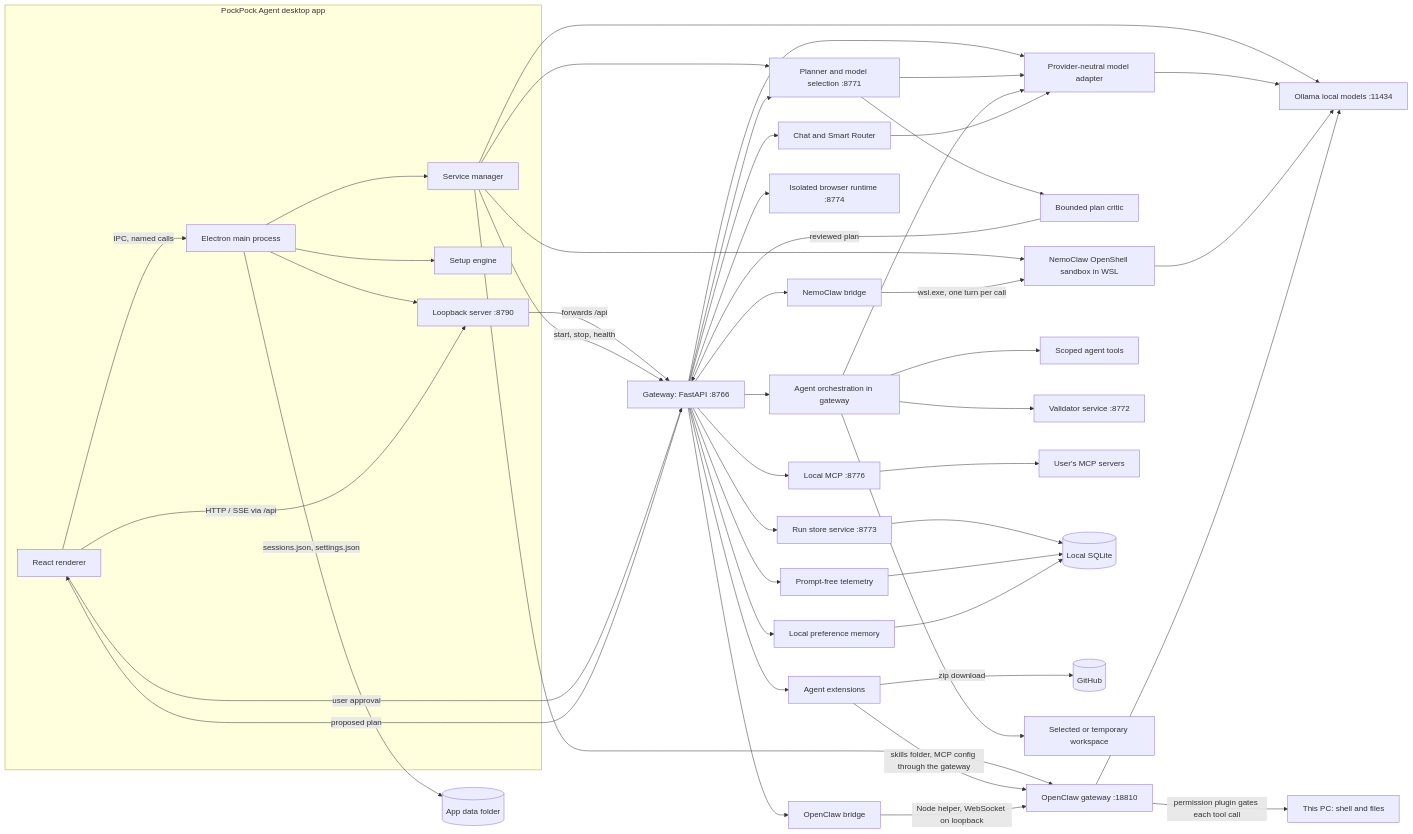
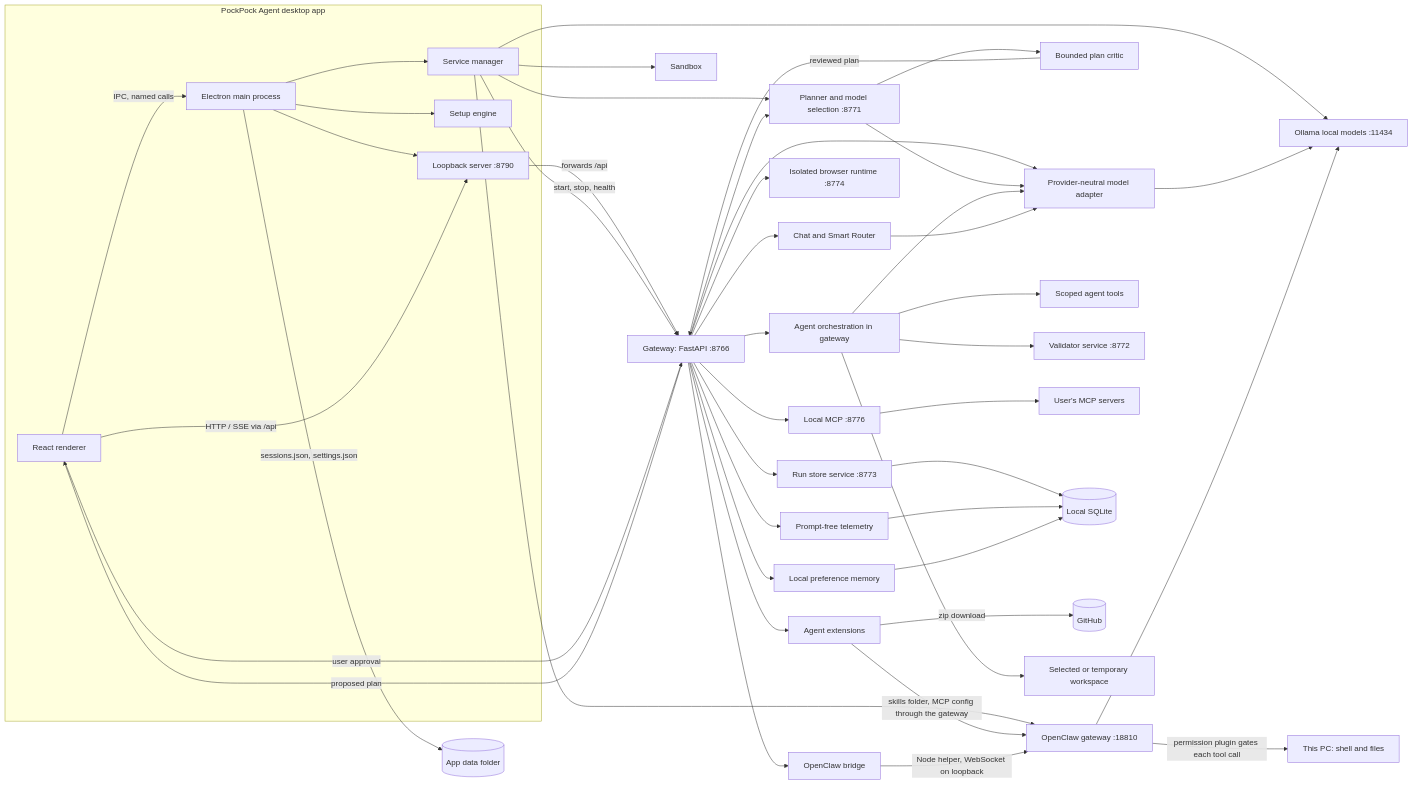
Before and after one commit to PockPock9/PockPockAgent: the diagram in docs/ARCHITECTURE.md, drawn with Mermaid. The commit also changed other lines of this file and 51 other files, not shown here.

First line of the commit message:
chore: remove NemoClaw

````diff
--- a/docs/ARCHITECTURE.md
+++ b/docs/ARCHITECTURE.md
@@ -7,51 +7,48 @@
 ```mermaid
 flowchart LR
   subgraph Desktop[PockPock Agent desktop app]
     UI[React renderer] -->|IPC, named calls| Main[Electron main process]
     Main --> Services[Service manager]
     Main --> Setup[Setup engine]
     Main --> LocalServer[Loopback server :8790]
   end
   UI -->|HTTP / SSE via /api| LocalServer
   LocalServer -->|forwards /api| API[Gateway: FastAPI :8766]
   Services -->|start, stop, health| API
   Services --> Planner
   Services --> Ollama
   Services --> ClawGateway
   Services --> Sandbox
   API --> Chat[Chat and Smart Router]
   API --> Planner[Planner and model selection :8771]
   Planner --> Critic[Bounded plan critic]
   Critic -->|reviewed plan| API
   API -->|proposed plan| UI
   UI -->|user approval| API
   API --> Agent[Agent orchestration in gateway]
   API --> ModelRouter[Provider-neutral model adapter]
   Planner --> ModelRouter
   Agent --> ModelRouter
   Chat --> ModelRouter
   Agent --> Tools[Scoped agent tools]
   Agent --> Validator[Validator service :8772]
   API --> RunStore[Run store service :8773]
   API --> BrowserRuntime[Isolated browser runtime :8774]
   API --> LocalMCP[Local MCP :8776]
   LocalMCP --> McpServers[User's MCP servers]
   ModelRouter --> Ollama[Ollama local models :11434]
   RunStore --> SQLite[(Local SQLite)]
   API --> Telemetry[Prompt-free telemetry]
   Telemetry --> SQLite
-  API --> NemoClaw[NemoClaw bridge]
-  NemoClaw -->|wsl.exe, one turn per call| Sandbox[NemoClaw OpenShell sandbox in WSL]
-  Sandbox --> Ollama
   API --> OpenClaw[OpenClaw bridge]
   API --> Extensions[Agent extensions]
   Extensions -->|zip download| GitHub[(GitHub)]
   Extensions -->|skills folder, MCP config through the gateway| ClawGateway
   OpenClaw -->|Node helper, WebSocket on loopback| ClawGateway[OpenClaw gateway :18810]
   ClawGateway -->|permission plugin gates each tool call| Host[This PC: shell and files]
   ClawGateway --> Ollama
   API --> Memory[Local preference memory]
   Memory --> SQLite
   Agent --> Workspace[Selected or temporary workspace]
   Main -->|sessions.json, settings.json| AppData[(App data folder)]
 ```
````
